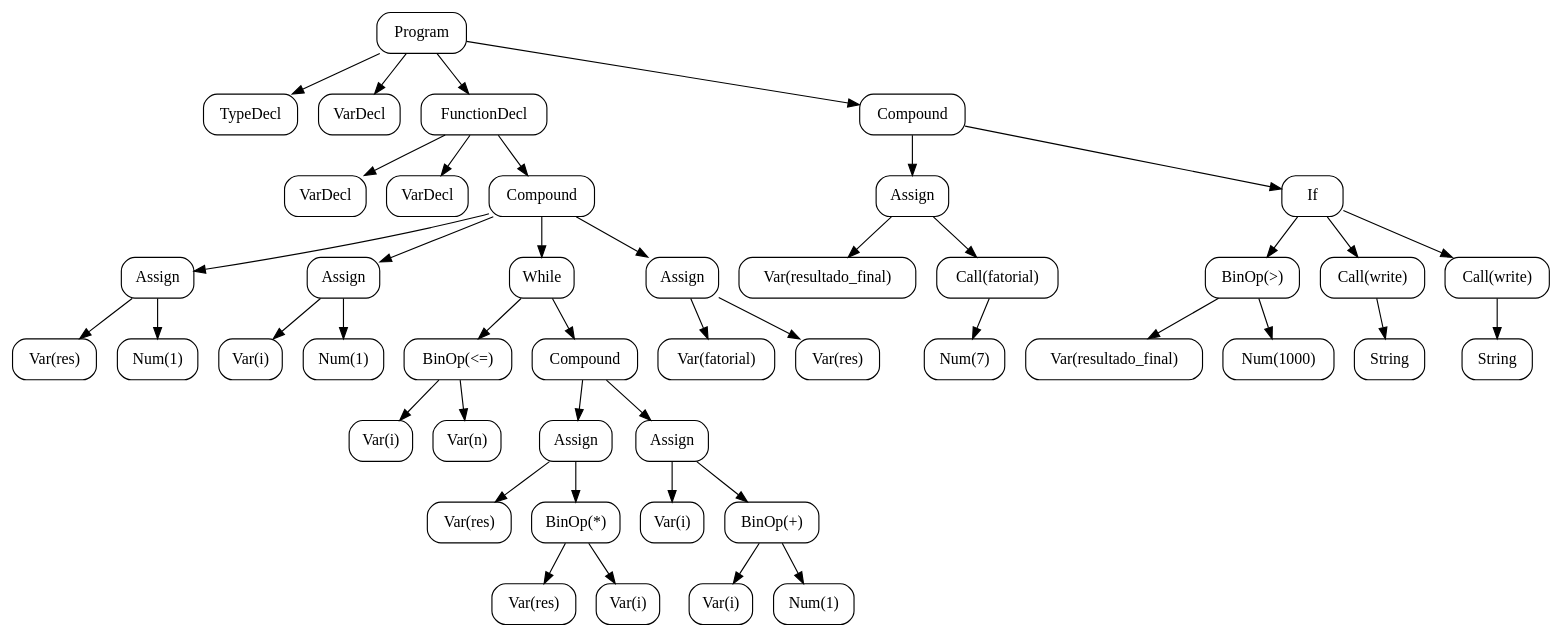
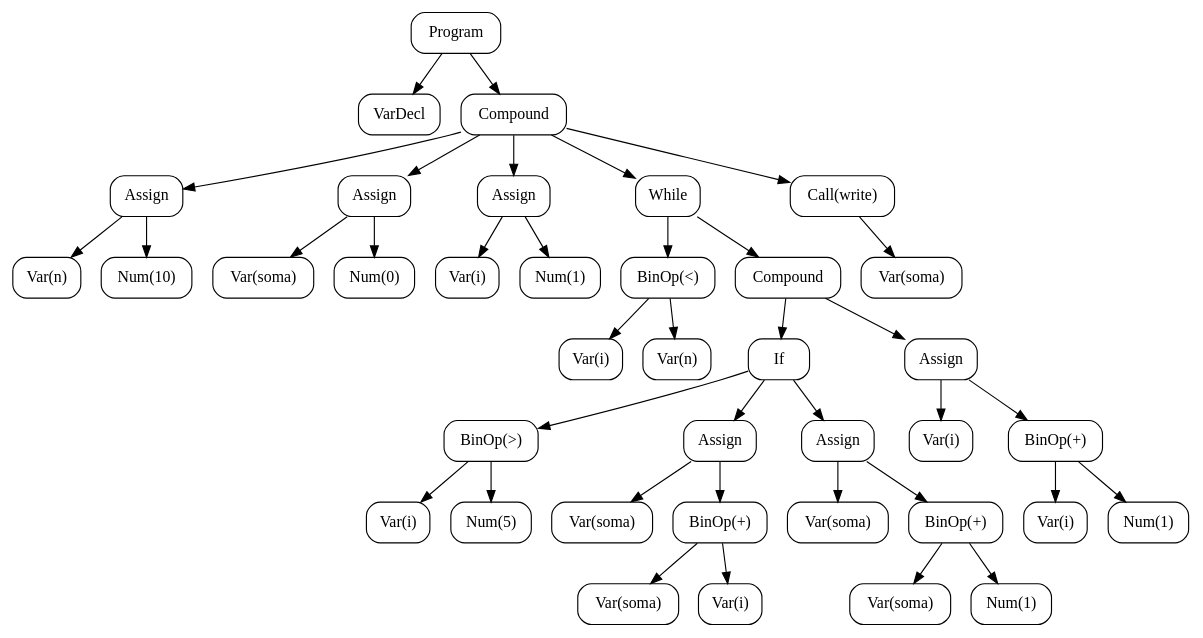
One commit to KassianoV/CompPas changed the diagram in export/ast.dot. Above: the diagram before and after it, drawn with Graphviz. The commit also changed 18 other files, not shown here.

```diff
--- a/export/ast.dot
+++ b/export/ast.dot
@@ -1,89 +1,77 @@
 digraph AST {
   n1 [label="Program", shape=box, style=rounded];
-  n2 [label="TypeDecl", shape=box, style=rounded];
+  n2 [label="VarDecl", shape=box, style=rounded];
   n1 -> n2;
-  n3 [label="VarDecl", shape=box, style=rounded];
+  n3 [label="Compound", shape=box, style=rounded];
   n1 -> n3;
-  n4 [label="FunctionDecl", shape=box, style=rounded];
-  n1 -> n4;
-  n5 [label="VarDecl", shape=box, style=rounded];
+  n4 [label="Assign", shape=box, style=rounded];
+  n3 -> n4;
+  n5 [label="Var(n)", shape=box, style=rounded];
   n4 -> n5;
-  n6 [label="VarDecl", shape=box, style=rounded];
+  n6 [label="Num(10)", shape=box, style=rounded];
   n4 -> n6;
-  n7 [label="Compound", shape=box, style=rounded];
-  n4 -> n7;
-  n8 [label="Assign", shape=box, style=rounded];
+  n7 [label="Assign", shape=box, style=rounded];
+  n3 -> n7;
+  n8 [label="Var(soma)", shape=box, style=rounded];
   n7 -> n8;
-  n9 [label="Var(res)", shape=box, style=rounded];
-  n8 -> n9;
-  n10 [label="Num(1)", shape=box, style=rounded];
-  n8 -> n10;
-  n11 [label="Assign", shape=box, style=rounded];
-  n7 -> n11;
-  n12 [label="Var(i)", shape=box, style=rounded];
-  n11 -> n12;
-  n13 [label="Num(1)", shape=box, style=rounded];
-  n11 -> n13;
-  n14 [label="While", shape=box, style=rounded];
-  n7 -> n14;
-  n15 [label="BinOp(<=)", shape=box, style=rounded];
+  n9 [label="Num(0)", shape=box, style=rounded];
+  n7 -> n9;
+  n10 [label="Assign", shape=box, style=rounded];
+  n3 -> n10;
+  n11 [label="Var(i)", shape=box, style=rounded];
+  n10 -> n11;
+  n12 [label="Num(1)", shape=box, style=rounded];
+  n10 -> n12;
+  n13 [label="While", shape=box, style=rounded];
+  n3 -> n13;
+  n14 [label="BinOp(<)", shape=box, style=rounded];
+  n13 -> n14;
+  n15 [label="Var(i)", shape=box, style=rounded];
   n14 -> n15;
-  n16 [label="Var(i)", shape=box, style=rounded];
-  n15 -> n16;
-  n17 [label="Var(n)", shape=box, style=rounded];
-  n15 -> n17;
-  n18 [label="Compound", shape=box, style=rounded];
-  n14 -> n18;
-  n19 [label="Assign", shape=box, style=rounded];
+  n16 [label="Var(n)", shape=box, style=rounded];
+  n14 -> n16;
+  n17 [label="Compound", shape=box, style=rounded];
+  n13 -> n17;
+  n18 [label="If", shape=box, style=rounded];
+  n17 -> n18;
+  n19 [label="BinOp(>)", shape=box, style=rounded];
   n18 -> n19;
-  n20 [label="Var(res)", shape=box, style=rounded];
+  n20 [label="Var(i)", shape=box, style=rounded];
   n19 -> n20;
-  n21 [label="BinOp(*)", shape=box, style=rounded];
+  n21 [label="Num(5)", shape=box, style=rounded];
   n19 -> n21;
-  n22 [label="Var(res)", shape=box, style=rounded];
-  n21 -> n22;
-  n23 [label="Var(i)", shape=box, style=rounded];
-  n21 -> n23;
-  n24 [label="Assign", shape=box, style=rounded];
-  n18 -> n24;
-  n25 [label="Var(i)", shape=box, style=rounded];
+  n22 [label="Assign", shape=box, style=rounded];
+  n18 -> n22;
+  n23 [label="Var(soma)", shape=box, style=rounded];
+  n22 -> n23;
+  n24 [label="BinOp(+)", shape=box, style=rounded];
+  n22 -> n24;
+  n25 [label="Var(soma)", shape=box, style=rounded];
   n24 -> n25;
-  n26 [label="BinOp(+)", shape=box, style=rounded];
+  n26 [label="Var(i)", shape=box, style=rounded];
   n24 -> n26;
-  n27 [label="Var(i)", shape=box, style=rounded];
-  n26 -> n27;
-  n28 [label="Num(1)", shape=box, style=rounded];
-  n26 -> n28;
-  n29 [label="Assign", shape=box, style=rounded];
-  n7 -> n29;
-  n30 [label="Var(fatorial)", shape=box, style=rounded];
+  n27 [label="Assign", shape=box, style=rounded];
+  n18 -> n27;
+  n28 [label="Var(soma)", shape=box, style=rounded];
+  n27 -> n28;
+  n29 [label="BinOp(+)", shape=box, style=rounded];
+  n27 -> n29;
+  n30 [label="Var(soma)", shape=box, style=rounded];
   n29 -> n30;
-  n31 [label="Var(res)", shape=box, style=rounded];
+  n31 [label="Num(1)", shape=box, style=rounded];
   n29 -> n31;
-  n32 [label="Compound", shape=box, style=rounded];
-  n1 -> n32;
-  n33 [label="Assign", shape=box, style=rounded];
+  n32 [label="Assign", shape=box, style=rounded];
+  n17 -> n32;
+  n33 [label="Var(i)", shape=box, style=rounded];
   n32 -> n33;
-  n34 [label="Var(resultado_final)", shape=box, style=rounded];
-  n33 -> n34;
-  n35 [label="Call(fatorial)", shape=box, style=rounded];
-  n33 -> n35;
-  n36 [label="Num(7)", shape=box, style=rounded];
-  n35 -> n36;
-  n37 [label="If", shape=box, style=rounded];
-  n32 -> n37;
-  n38 [label="BinOp(>)", shape=box, style=rounded];
+  n34 [label="BinOp(+)", shape=box, style=rounded];
+  n32 -> n34;
+  n35 [label="Var(i)", shape=box, style=rounded];
+  n34 -> n35;
+  n36 [label="Num(1)", shape=box, style=rounded];
+  n34 -> n36;
+  n37 [label="Call(write)", shape=box, style=rounded];
+  n3 -> n37;
+  n38 [label="Var(soma)", shape=box, style=rounded];
   n37 -> n38;
-  n39 [label="Var(resultado_final)", shape=box, style=rounded];
-  n38 -> n39;
-  n40 [label="Num(1000)", shape=box, style=rounded];
-  n38 -> n40;
-  n41 [label="Call(write)", shape=box, style=rounded];
-  n37 -> n41;
-  n42 [label="String", shape=box, style=rounded];
-  n41 -> n42;
-  n43 [label="Call(write)", shape=box, style=rounded];
-  n37 -> n43;
-  n44 [label="String", shape=box, style=rounded];
-  n43 -> n44;
 }
```
